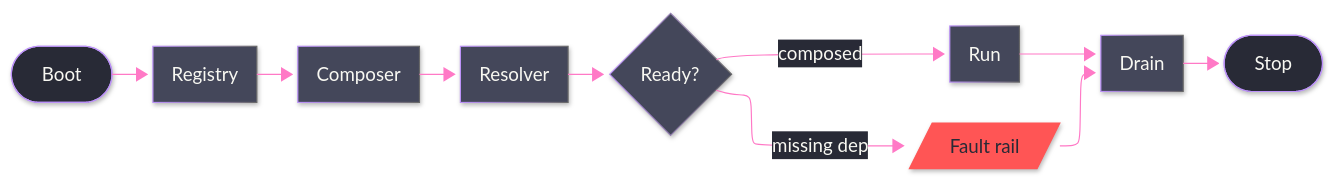
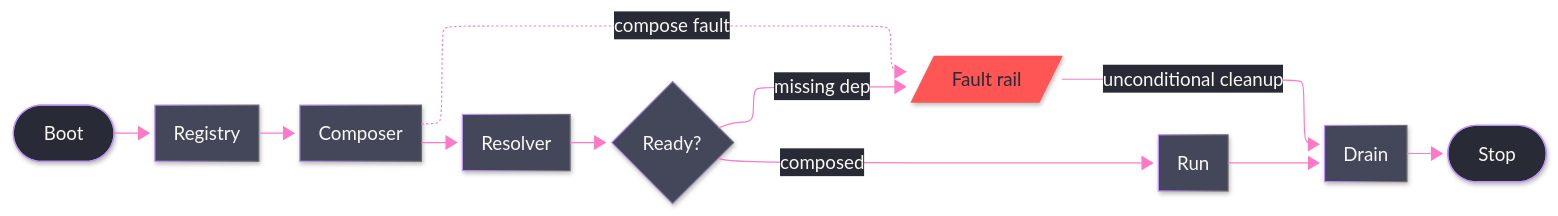
One commit to bsamiee/Rasm changed the diagram in .claude/skills/mermaid-diagramming/templates/spine.mmd.md. Above: the diagram before and after it, drawn with Mermaid. The commit also changed other lines of this file and 38 other files, not shown here.

````diff
--- a/.claude/skills/mermaid-diagramming/templates/spine.mmd.md
+++ b/.claude/skills/mermaid-diagramming/templates/spine.mmd.md
@@ -5,33 +5,34 @@
 ```mermaid
 ---
 config:
   layout: elk
   look: neo
   theme: base
   themeVariables:
     darkMode: true
     background: "#282A36"
     primaryColor: "#44475A"
     primaryTextColor: "#F8F8F2"
     primaryBorderColor: "#BD93F9"
     lineColor: "#FF79C6"
     textColor: "#F8F8F2"
     edgeLabelBackground: "#282A36"
 ---
 flowchart LR
     accTitle: Owner-set spine
-    accDescr: The main path through an owner set from boot through compose, ready, run, and drain, with one fault-rail branch that rejoins drain.
+    accDescr: The once-walked main path from boot through compose, readiness gate, run, and drain, with every stage fault converging on one rail that rejoins drain.
     Boot([Boot]) --> Registry[Registry]
     Registry --> Composer[Composer]
     Composer --> Resolver[Resolver]
     Resolver --> Ready{Ready?}
     Ready -->|composed| Run[Run]
     Ready -->|missing dep| Fault[/Fault rail/]
+    Composer -.->|compose fault| Fault
     Run --> Drain[Drain]
-    Fault --> Drain
+    Fault -->|unconditional cleanup| Drain
     Drain --> Stop([Stop])
     classDef boundary fill:#282A36,stroke:#BD93F9,color:#F8F8F2
     classDef error fill:#FF5555,stroke:#FF5555,color:#282A36
     class Boot,Stop boundary
     class Fault error
 ```
````
